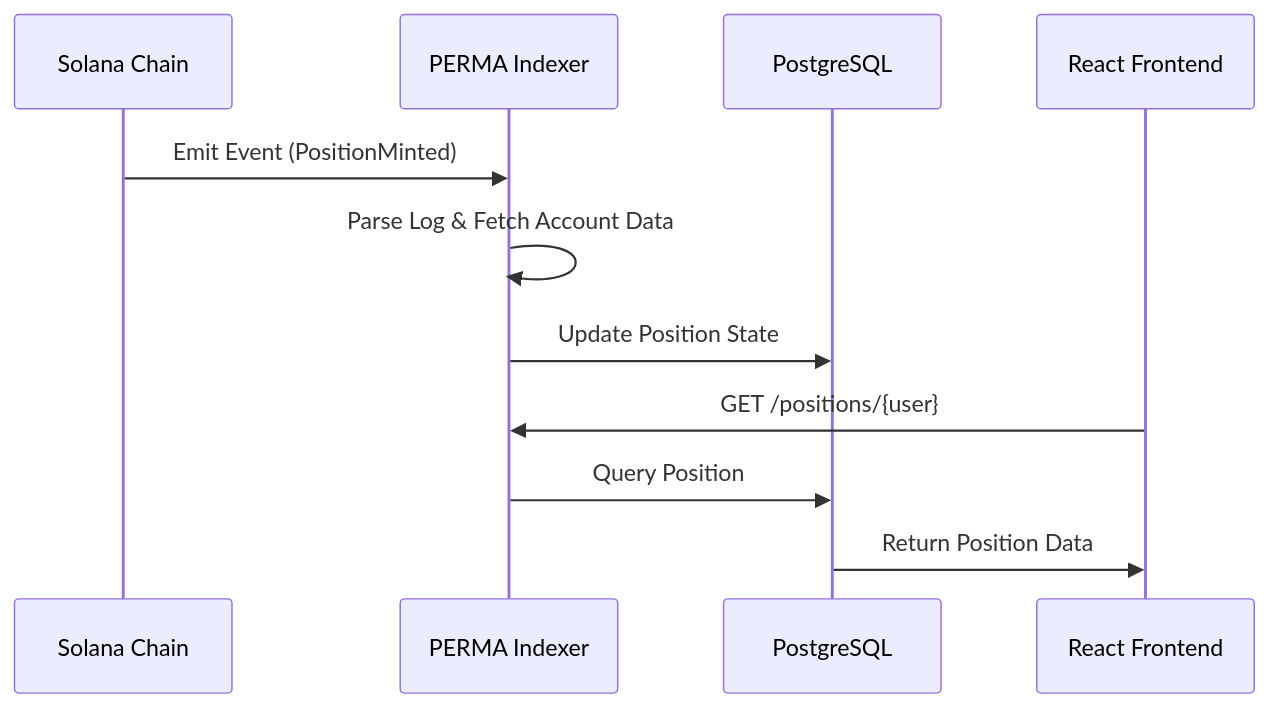
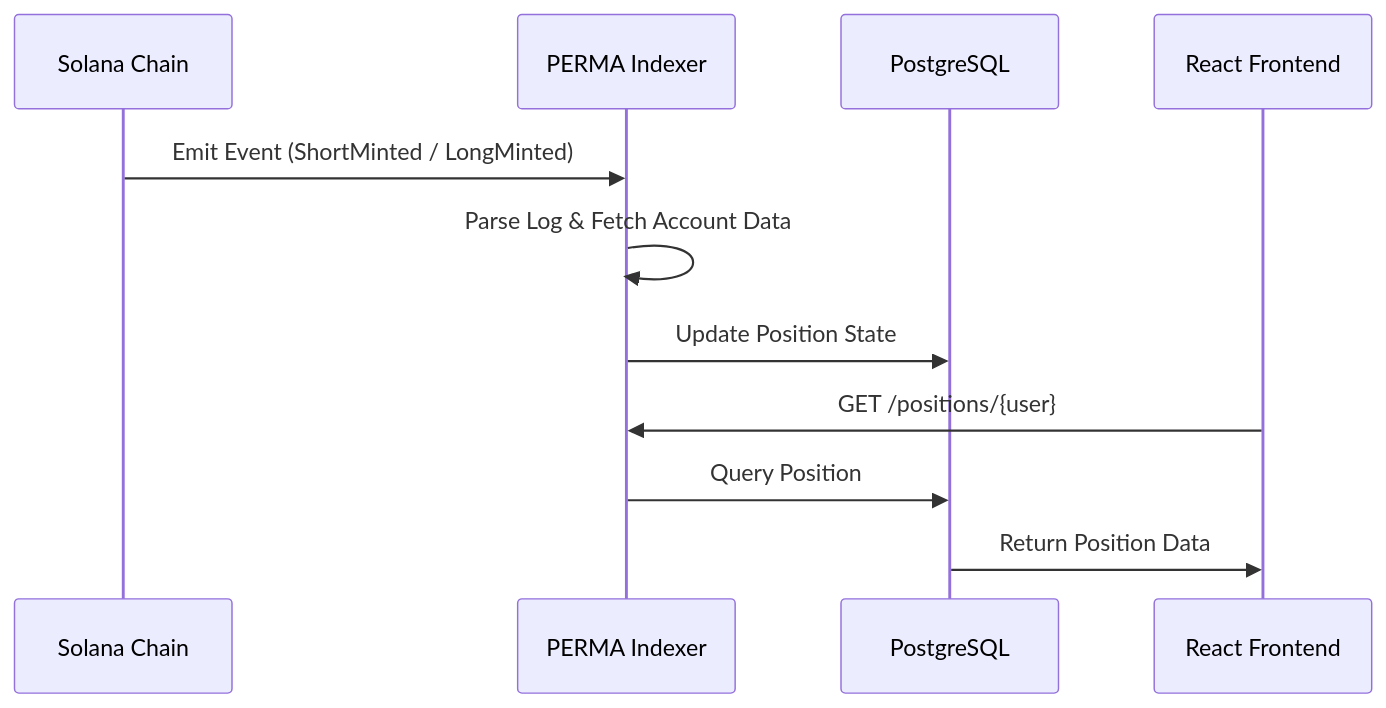
One commit to Gauravpoudel7/Perma changed the diagram in docs/01-architecture/OFFCHAIN-ARCHITECTURE.md. Above: the diagram before and after it, drawn with Mermaid. The commit also changed 212 other files, not shown here.

````diff
--- a/docs/01-architecture/OFFCHAIN-ARCHITECTURE.md
+++ b/docs/01-architecture/OFFCHAIN-ARCHITECTURE.md
@@ -15,14 +15,14 @@
 ```mermaid
 sequenceDiagram
     participant Solana as Solana Chain
     participant Indexer as PERMA Indexer
     participant DB as PostgreSQL
     participant UI as React Frontend
     
-    Solana ->> Indexer: Emit Event (PositionMinted)
+    Solana ->> Indexer: Emit Event (ShortMinted / LongMinted)
     Indexer ->> Indexer: Parse Log & Fetch Account Data
     Indexer ->> DB: Update Position State
     UI ->> Indexer: GET /positions/{user}
     Indexer ->> DB: Query Position
     DB ->> UI: Return Position Data
 ```
````
